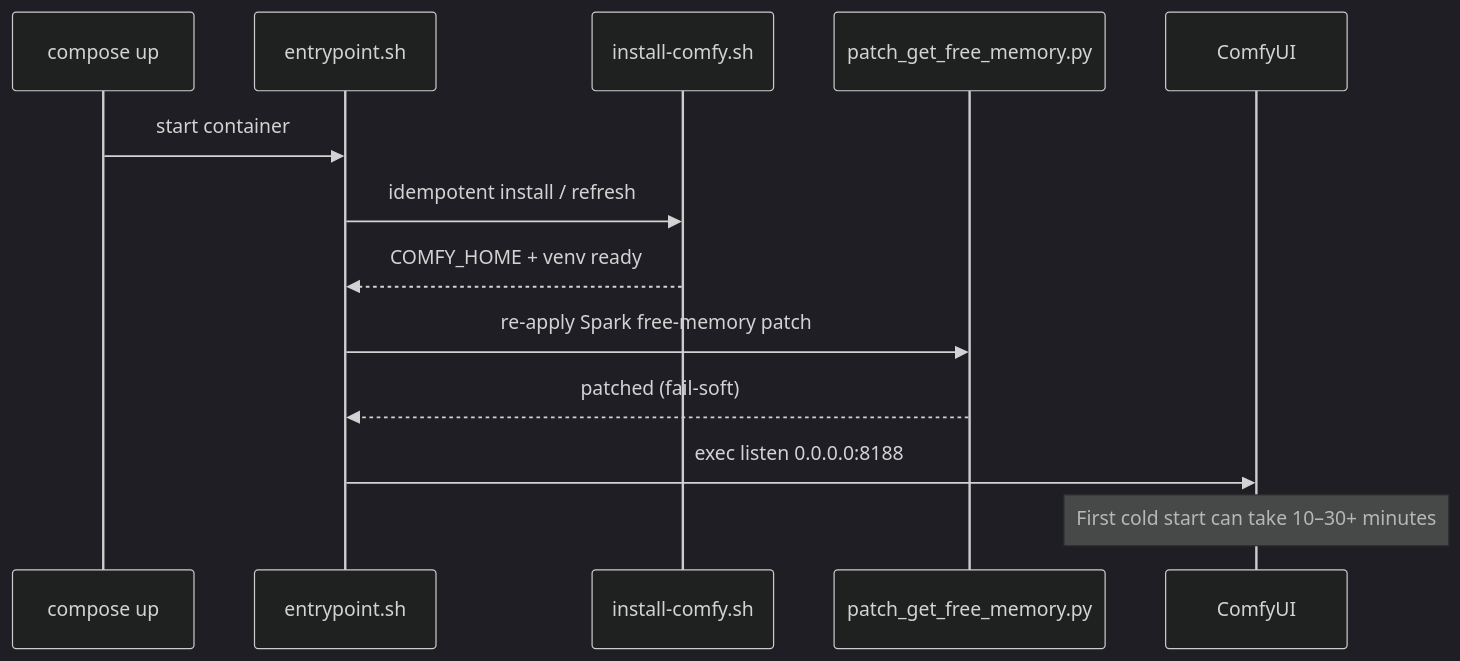
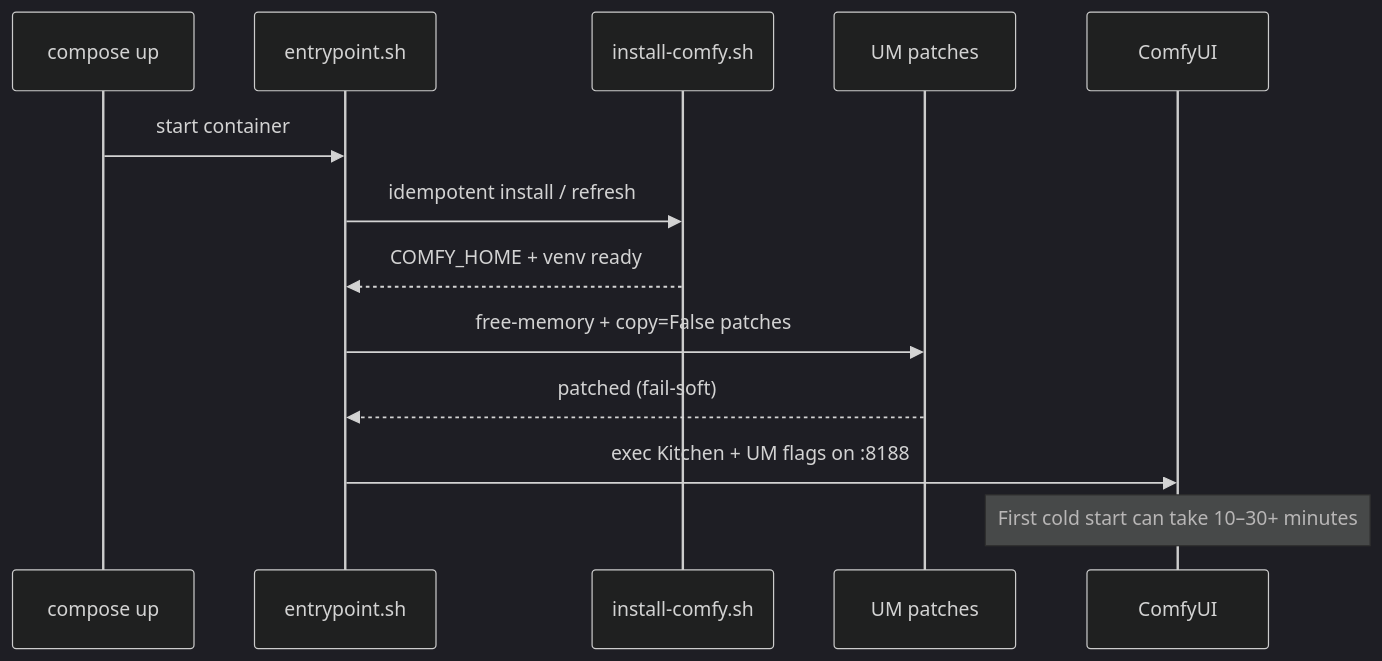
One commit to toxicoder/ez-comfy-stack changed the fourth of 5 diagrams in docs/visual-generative-ai.md. Above: the diagram before and after it, drawn with Mermaid (dark theme). The commit also changed other lines of this file and 25 other files, not shown here.

First line of the commit message:
fix: enable Comfy Kitchen attention and GB10 unified-memory flags

````diff
--- a/docs/visual-generative-ai.md
+++ b/docs/visual-generative-ai.md
@@ -304,16 +319,16 @@
 ```mermaid
 sequenceDiagram
   participant C as compose up
   participant E as entrypoint.sh
   participant I as install-comfy.sh
-  participant P as patch_get_free_memory.py
+  participant P as UM patches
   participant U as ComfyUI
 
   C->>E: start container
   E->>I: idempotent install / refresh
   I-->>E: COMFY_HOME + venv ready
-  E->>P: re-apply Spark free-memory patch
+  E->>P: free-memory + copy=False patches
   P-->>E: patched (fail-soft)
-  E->>U: exec listen 0.0.0.0:8188
+  E->>U: exec Kitchen + UM flags on :8188
   Note over U: First cold start can take 10–30+ minutes
 ```
````
